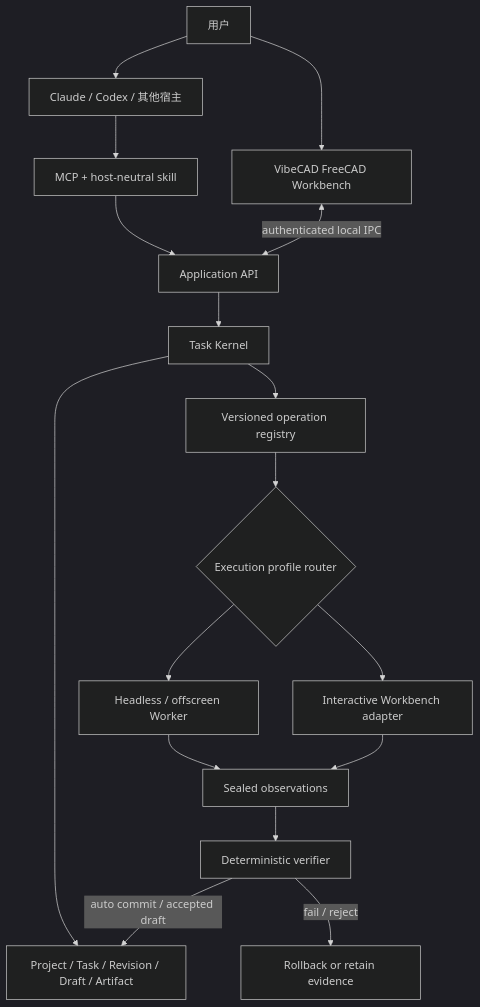
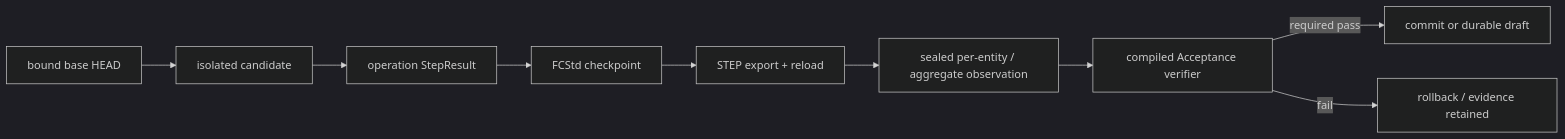
Before and after one commit to wangtao9090/VibeCAD: the first of 2 diagrams in docs/AGENT_ARCHITECTURE.md, drawn with Mermaid (dark theme). The commit also changed other lines of this file and 6 other files, not shown here.

Commit message:
docs(architecture): reconcile Agent-first baseline

````diff
--- a/docs/AGENT_ARCHITECTURE.md
+++ b/docs/AGENT_ARCHITECTURE.md
@@ -65,19 +146,11 @@
 ```mermaid
-flowchart TB
-    U["用户"] --> H["Claude / Codex / 其他宿主"]
-    U --> G["VibeCAD FreeCAD Workbench"]
-    H --> M["MCP + host-neutral skill"]
-    M --> A["Application API"]
-    G <-->|"authenticated local IPC"| A
-    A --> K["Task Kernel"]
-    K --> D["Project / Task / Revision / Draft / Artifact"]
-    K --> R["Versioned operation registry"]
-    R --> X{"Execution profile router"}
-    X --> W["Headless / offscreen Worker"]
-    X --> P["Interactive Workbench adapter"]
-    W --> O["Sealed observations"]
-    P --> O
-    O --> V["Deterministic verifier"]
-    V -->|"auto commit / accepted draft"| D
-    V -->|"fail / reject"| F["Rollback or retain evidence"]
+flowchart LR
+    B["bound base HEAD"] --> C["isolated candidate"]
+    C --> X["operation StepResult"]
+    X --> P["FCStd checkpoint"]
+    P --> S["STEP export + reload"]
+    S --> O["sealed per-entity / aggregate observation"]
+    O --> V["compiled Acceptance verifier"]
+    V -->|"required pass"| D["commit or durable draft"]
+    V -->|"fail"| R["rollback / evidence retained"]
 ```
````
